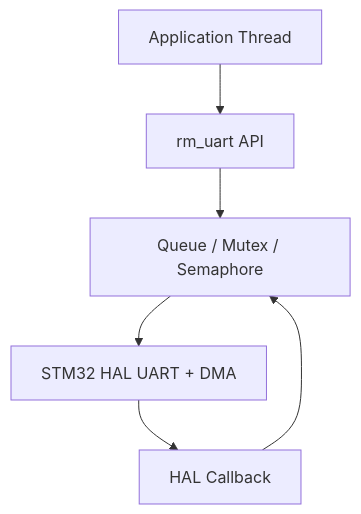
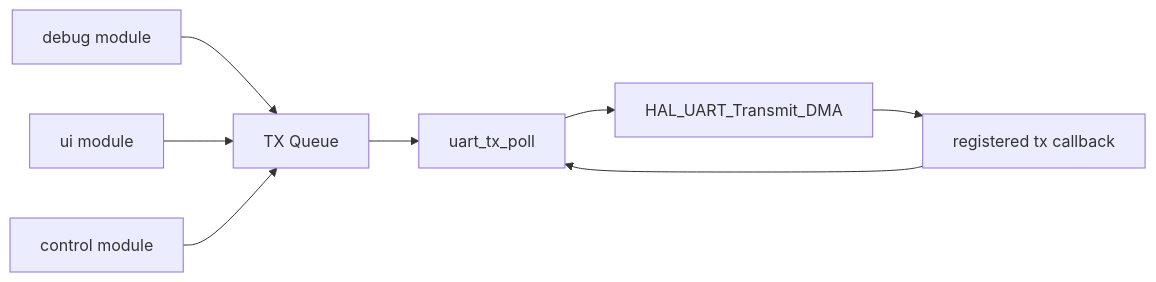
The second of 3 diagrams in decks/uart-dma/slides.md (inaku-Gyan/RM-EC-Tutorial-2026-Summer), drawn with Mermaid before and after one commit. The commit also changed other lines of this file, not shown here.

Commit message:
Redesign UART DMA slides progression

````diff
--- a/decks/uart-dma/slides.md
+++ b/decks/uart-dma/slides.md
@@ -463,8 +451,10 @@
 ```mermaid
-flowchart TB
-  App[Application Thread] --> API[rm_uart API]
-  API --> Sync[Queue / Mutex / Semaphore]
-  Sync --> HAL[STM32 HAL UART + DMA]
-  HAL --> IRQ[HAL Callback]
-  IRQ --> Sync
+flowchart LR
+  M1[debug module] --> Q[TX Queue]
+  M2[ui module] --> Q
+  M3[control module] --> Q
+  Q --> Poll[uart_tx_poll]
+  Poll --> DMA[HAL_UART_Transmit_DMA]
+  DMA --> CB[registered tx callback]
+  CB --> Poll
 ```
````
